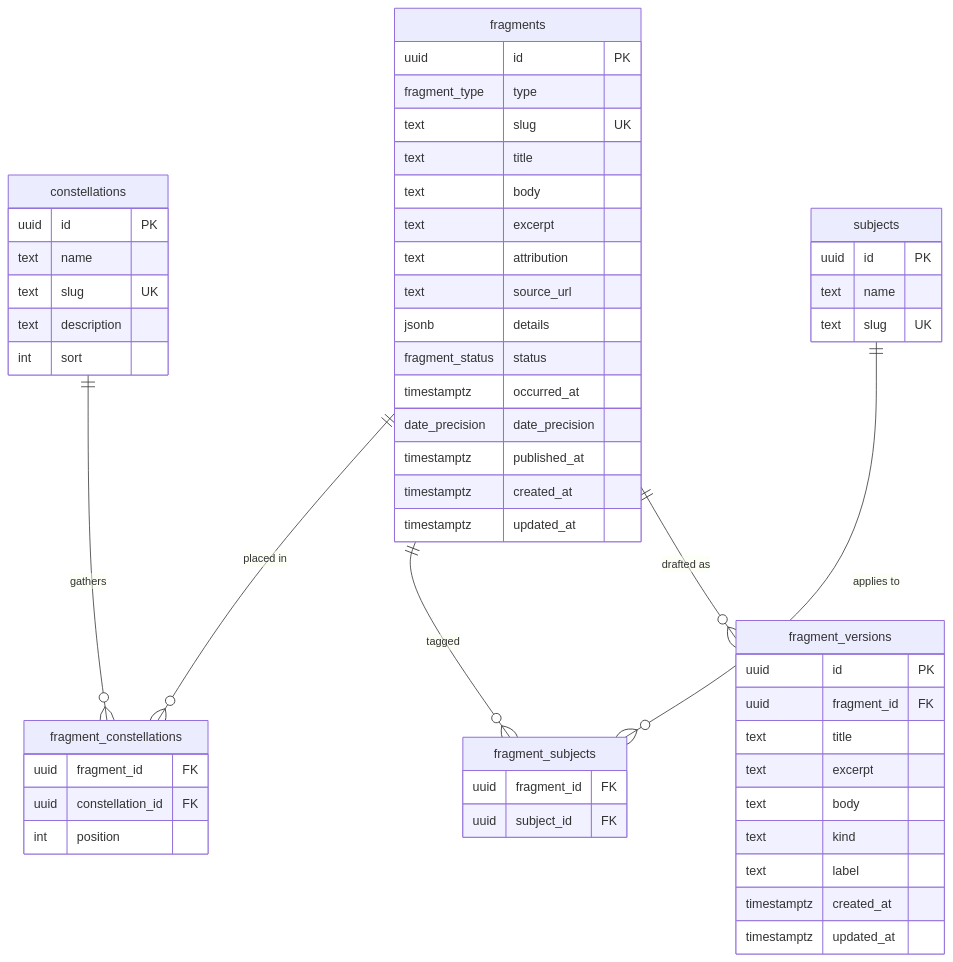
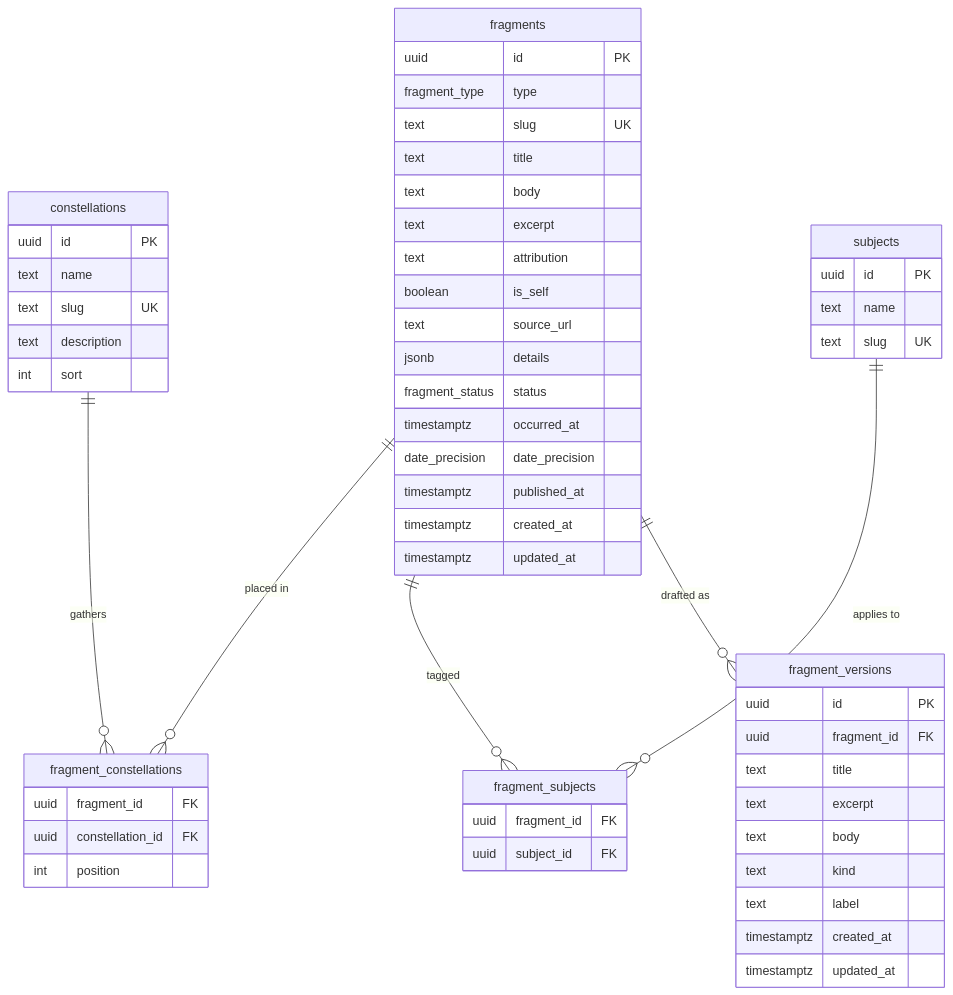
The diagram in docs/data-model.md (michaelchen412/it-only-happens-once), drawn with Mermaid before and after one commit. The commit also changed other lines of this file and 1 other file, not shown here.

````diff
--- a/docs/data-model.md
+++ b/docs/data-model.md
@@ -18,58 +18,59 @@
 ```mermaid
 erDiagram
   fragments ||--o{ fragment_constellations : "placed in"
   constellations ||--o{ fragment_constellations : "gathers"
   fragments ||--o{ fragment_subjects : "tagged"
   subjects ||--o{ fragment_subjects : "applies to"
   fragments ||--o{ fragment_versions : "drafted as"
 
   fragments {
     uuid id PK
     fragment_type type
     text slug UK
     text title
     text body
     text excerpt
     text attribution
+    boolean is_self
     text source_url
     jsonb details
     fragment_status status
     timestamptz occurred_at
     date_precision date_precision
     timestamptz published_at
     timestamptz created_at
     timestamptz updated_at
   }
   constellations {
     uuid id PK
     text name
     text slug UK
     text description
     int sort
   }
   fragment_constellations {
     uuid fragment_id FK
     uuid constellation_id FK
     int position
   }
   subjects {
     uuid id PK
     text name
     text slug UK
   }
   fragment_subjects {
     uuid fragment_id FK
     uuid subject_id FK
   }
   fragment_versions {
     uuid id PK
     uuid fragment_id FK
     text title
     text excerpt
     text body
     text kind
     text label
     timestamptz created_at
     timestamptz updated_at
   }
 ```
````
